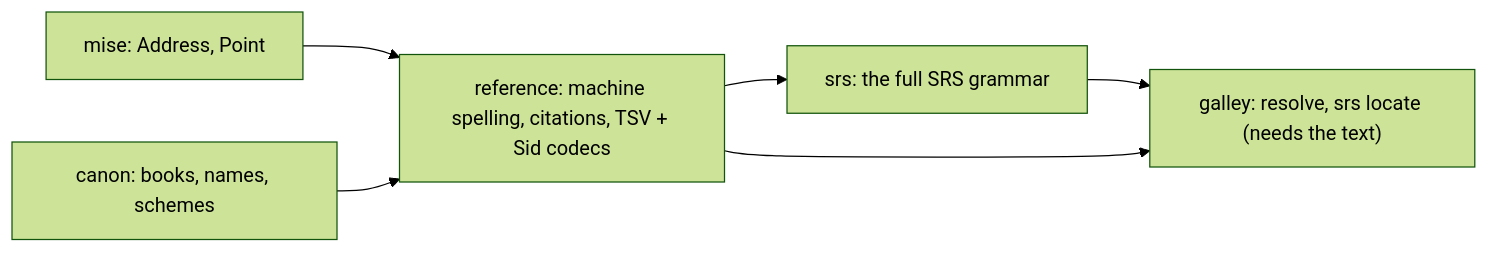
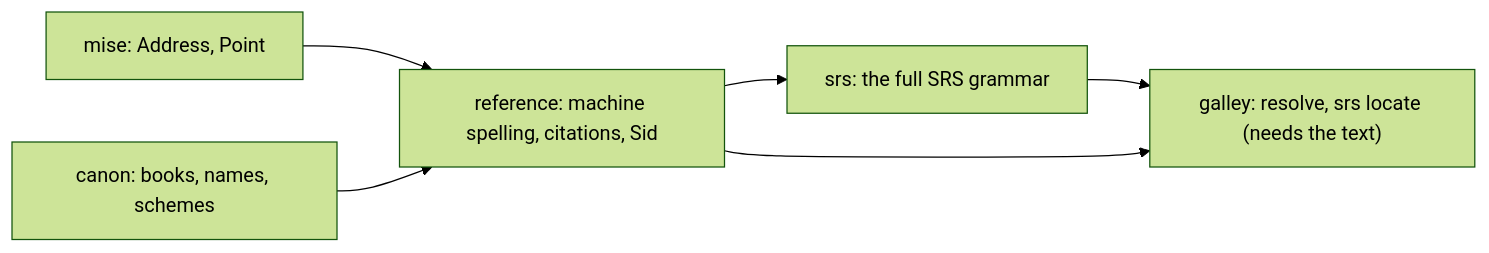
One commit to WycliffeAssociates/scripture-kitchen changed the diagram in planning/items/2026-11-05-referencing-one-address-its-spellings-and-srs-as-i.mdx. Above: the diagram before and after it, drawn with Mermaid (forest theme). The commit also changed other lines of this file, not shown here.

Commit message:
plan: referencing — no TSV here; Sid stays onion's and prints the intro as GEN 0; a segment is one letter

````diff
--- a/planning/items/2026-11-05-referencing-one-address-its-spellings-and-srs-as-i.mdx
+++ b/planning/items/2026-11-05-referencing-one-address-its-spellings-and-srs-as-i.mdx
@@ -210,8 +231,8 @@
 ```mermaid
 flowchart LR
   mise["mise: Address, Point"] --> reference
   canon["canon: books, names, schemes"] --> reference
-  reference["reference: machine spelling, citations, TSV + Sid codecs"] --> srs
+  reference["reference: machine spelling, citations, Sid"] --> srs
   srs["srs: the full SRS grammar"] --> galley
   reference --> galley["galley: resolve, srs locate (needs the text)"]
 ```
````
